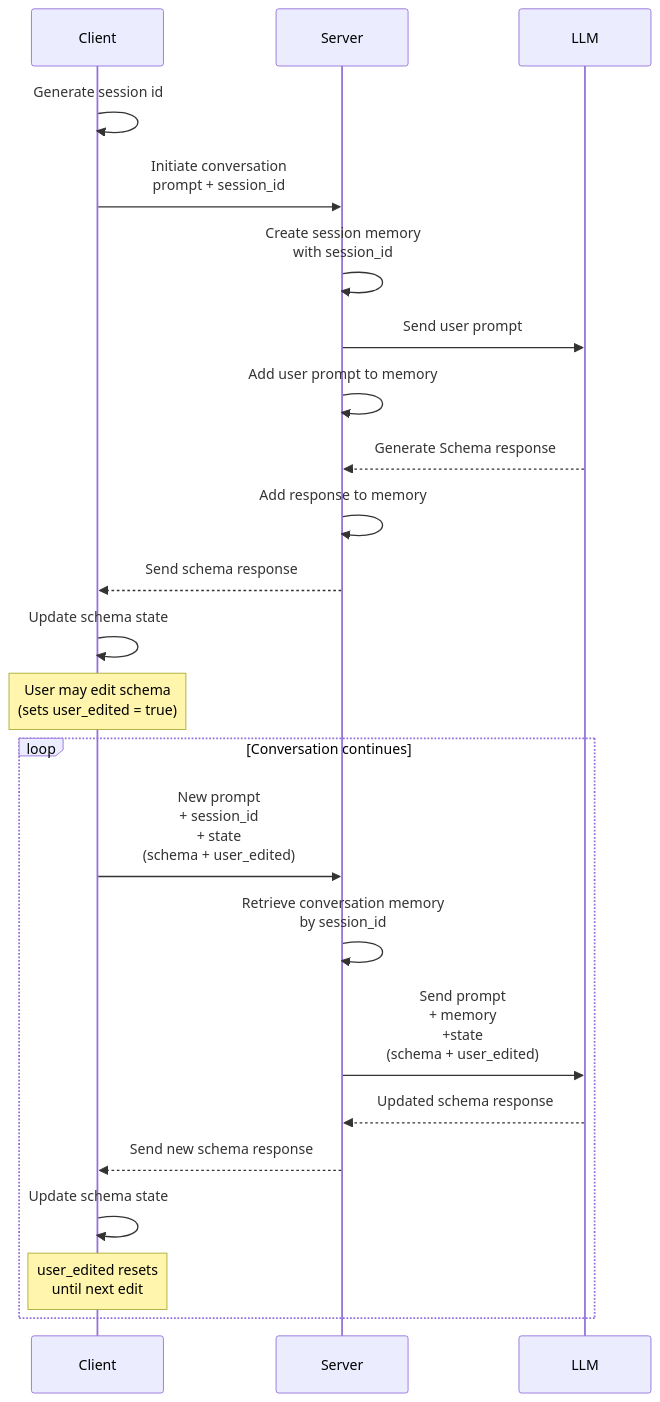
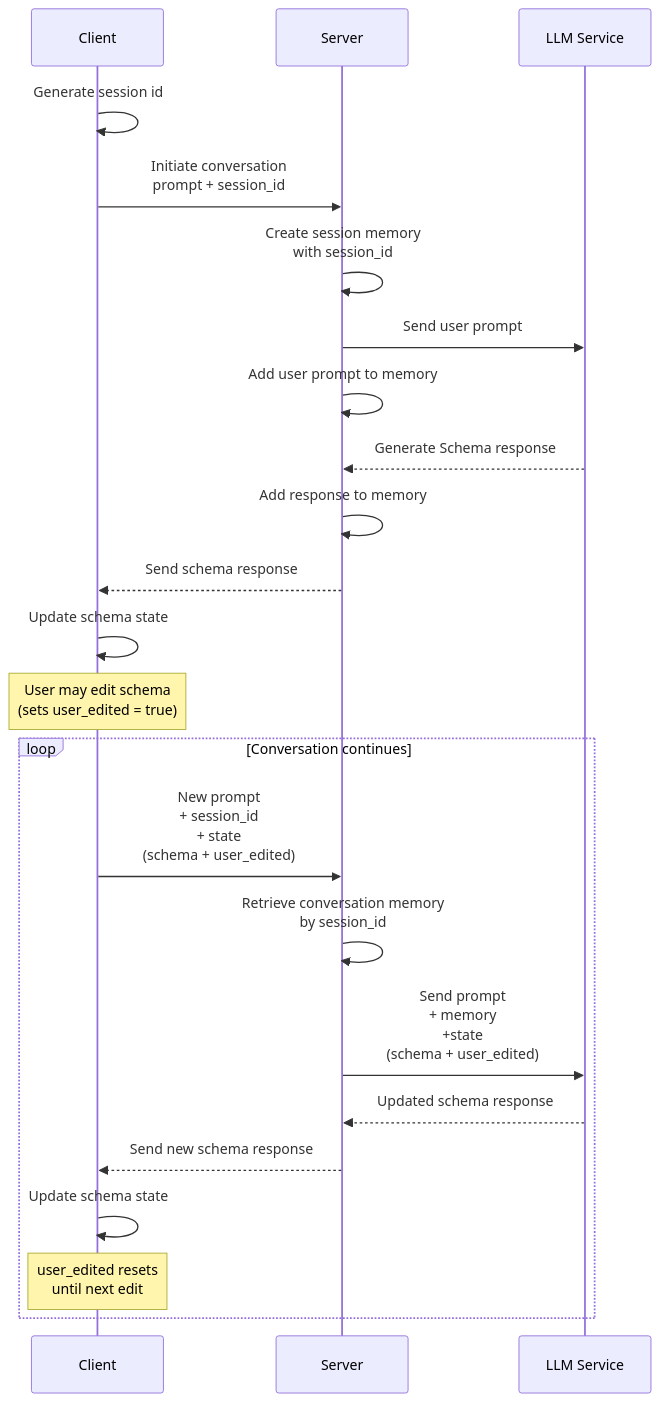
One commit to bruce-pain/personal-website changed the second of 2 diagrams in src/content/blog/form-builder-devlog-001.md. Above: the diagram before and after it, drawn with Mermaid. The commit also changed other lines of this file, not shown here.

````diff
--- a/src/content/blog/form-builder-devlog-001.md
+++ b/src/content/blog/form-builder-devlog-001.md
@@ -154,28 +154,28 @@
 ```mermaid
 sequenceDiagram
     participant C as Client
     participant S as Server
-    participant L as LLM
+    participant L as LLM Service
 
     C ->> C: Generate session id
     C ->> S: Initiate conversation<br/>prompt + session_id
     S ->> S: Create session memory<br/>with session_id
     S ->> L: Send user prompt
     S ->> S: Add user prompt to memory
     L -->> S: Generate Schema response
     S ->> S: Add response to memory
     S -->> C: Send schema response
 
     C ->> C: Update schema state
     Note over C: User may edit schema<br/>(sets user_edited = true)
 
     loop Conversation continues
         C ->> S: New prompt<br/>+ session_id<br/>+ state<br/>(schema + user_edited)
         S ->> S: Retrieve conversation memory<br/>by session_id
         S ->> L: Send prompt<br/>+ memory<br/> +state<br/>(schema + user_edited)
         L -->> S: Updated schema response
         S -->> C: Send new schema response
         C ->> C: Update schema state
         Note over C: user_edited resets<br/>until next edit
     end
 ```
````
